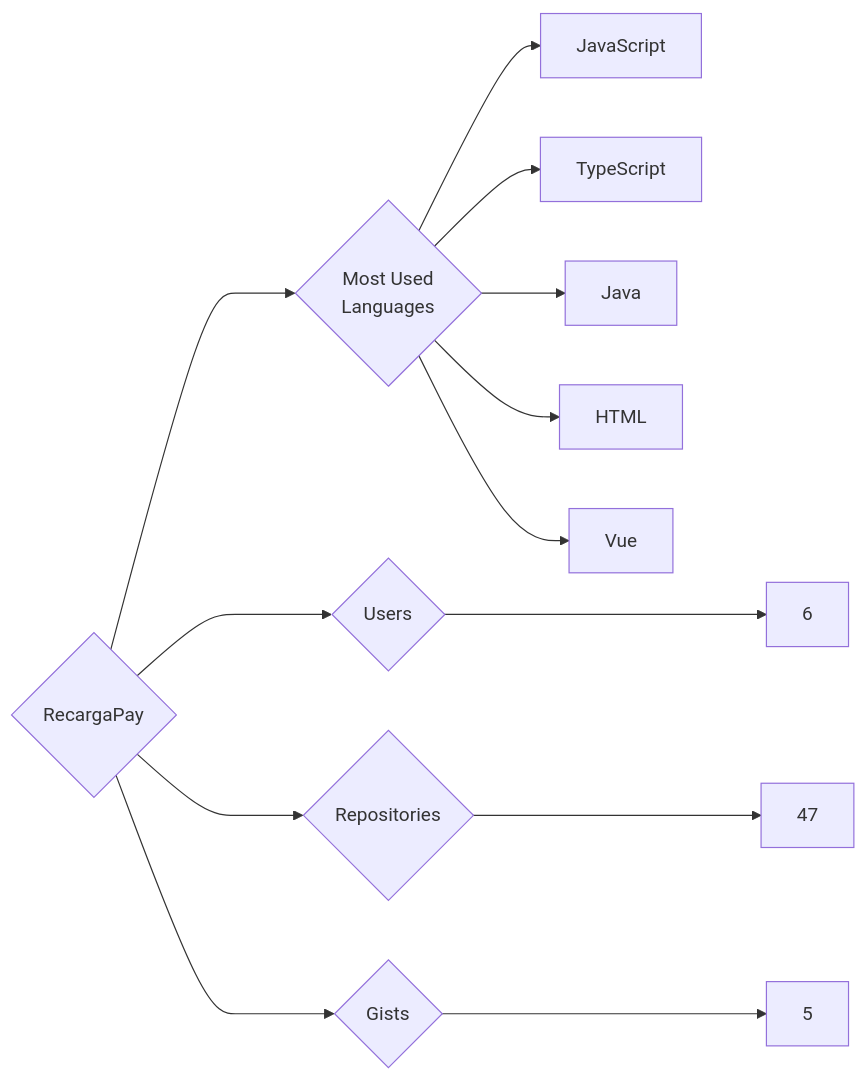
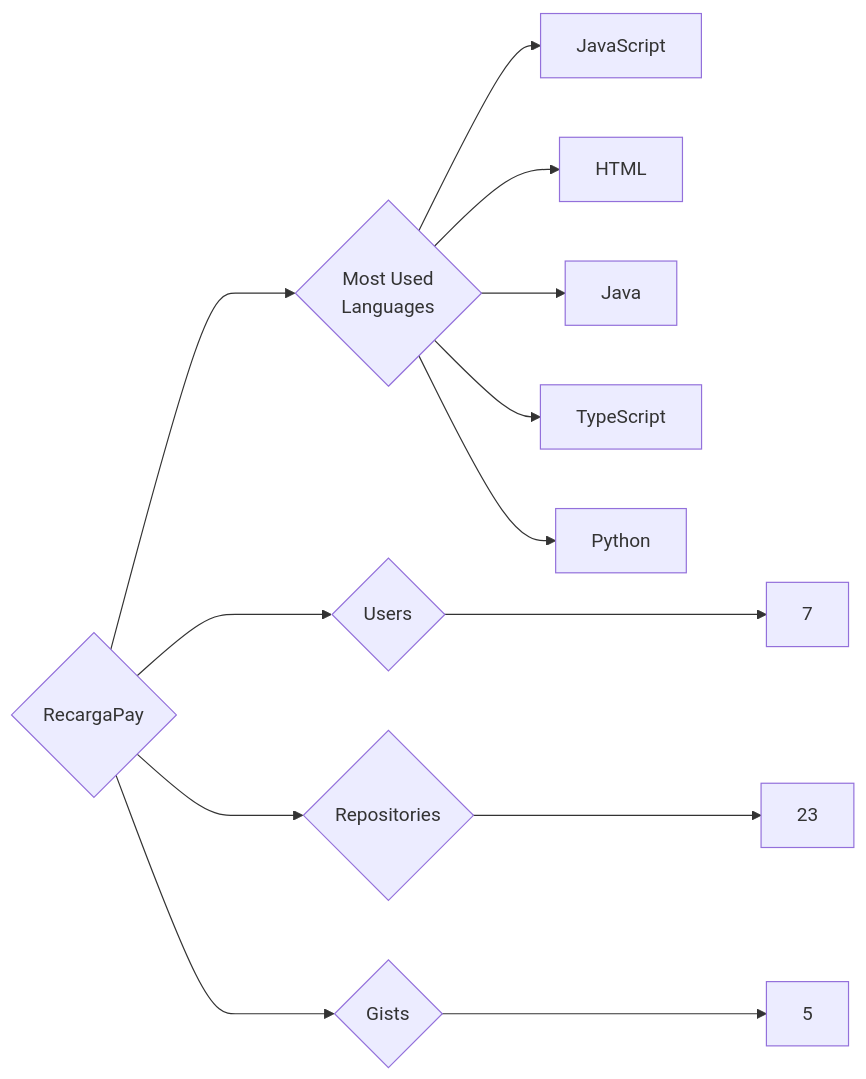
The diagram in targets/RecargaPay/README.md (trickest/insiders), drawn with Mermaid before and after one commit. The commit also changed 1696 other files, not shown here.

````diff
--- a/targets/RecargaPay/README.md
+++ b/targets/RecargaPay/README.md
@@ -3,13 +3,13 @@
 ```mermaid
 graph LR
 COMPANY_NAME{RecargaPay}
-COMPANY_NAME ---> U{Users} ---> UN[6]
-COMPANY_NAME ---> R{Repositories} ---> RN[47]
+COMPANY_NAME ---> U{Users} ---> UN[7]
+COMPANY_NAME ---> R{Repositories} ---> RN[23]
 COMPANY_NAME ---> G{Gists} ---> GN[5]
 COMPANY_NAME ---> ML{Most Used<br>Languages}
 ML --> JavaScript[JavaScript]
+ML --> HTML[HTML]
+ML --> Java[Java]
 ML --> TypeScript[TypeScript]
-ML --> Java[Java]
-ML --> HTML[HTML]
-ML --> Vue[Vue]
+ML --> Python[Python]
 ```
````
